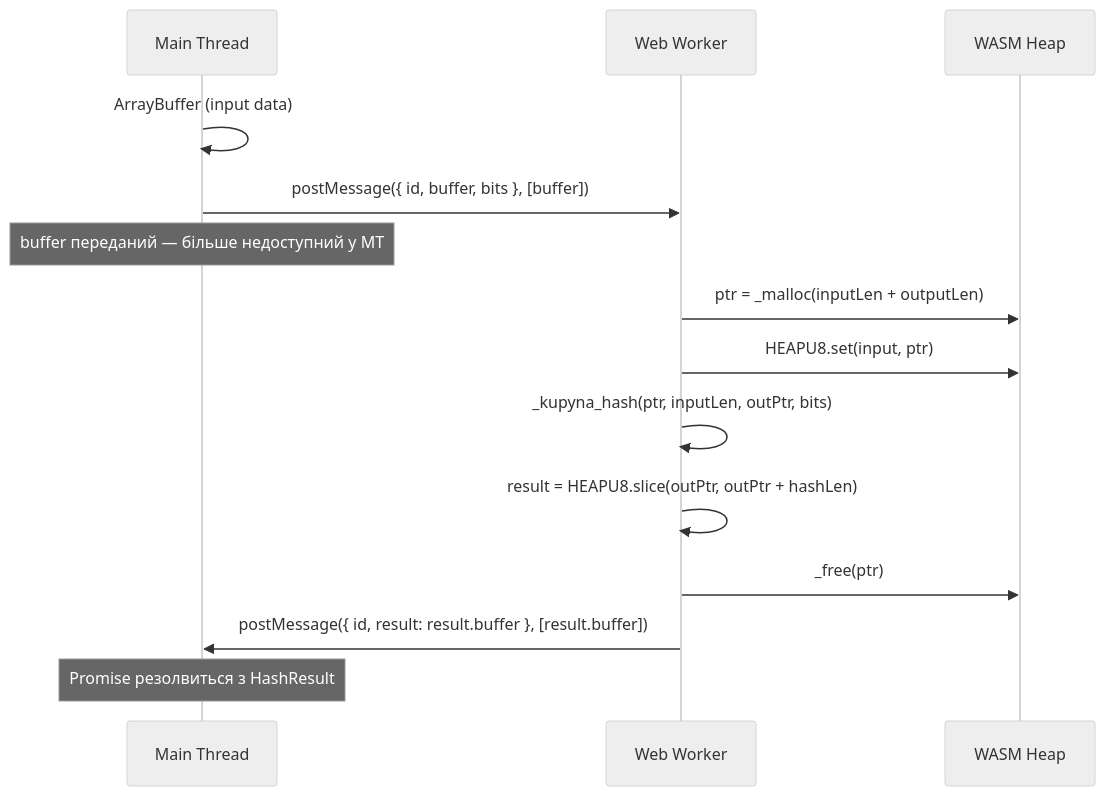
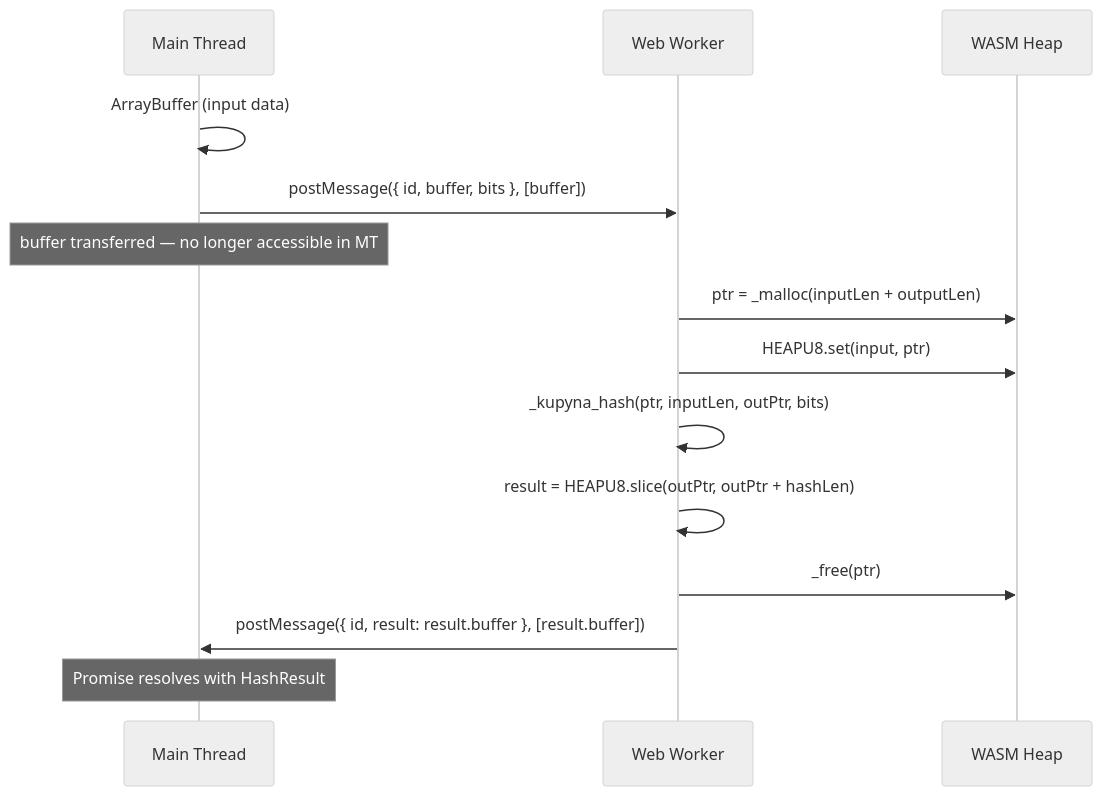
The third of 3 diagrams in README.md (justpetrovych/dstu7564-ts-worker), drawn with Mermaid (neutral theme) before and after one commit. The commit also changed other lines of this file and 1 other file, not shown here.

````diff
--- a/README.md
+++ b/README.md
@@ -80,19 +82,19 @@
 ```mermaid
 sequenceDiagram
     participant MT as Main Thread
     participant W as Web Worker
     participant H as WASM Heap
 
     MT->>MT: ArrayBuffer (input data)
     MT->>W: postMessage({ id, buffer, bits }, [buffer])
-    Note over MT: buffer переданий — більше недоступний у MT
+    Note over MT: buffer transferred — no longer accessible in MT
 
     W->>H: ptr = _malloc(inputLen + outputLen)
     W->>H: HEAPU8.set(input, ptr)
     W->>W: _kupyna_hash(ptr, inputLen, outPtr, bits)
     W->>W: result = HEAPU8.slice(outPtr, outPtr + hashLen)
     W->>H: _free(ptr)
 
     W->>MT: postMessage({ id, result: result.buffer }, [result.buffer])
-    Note over MT: Promise резолвиться з HashResult
+    Note over MT: Promise resolves with HashResult
 ```
````
